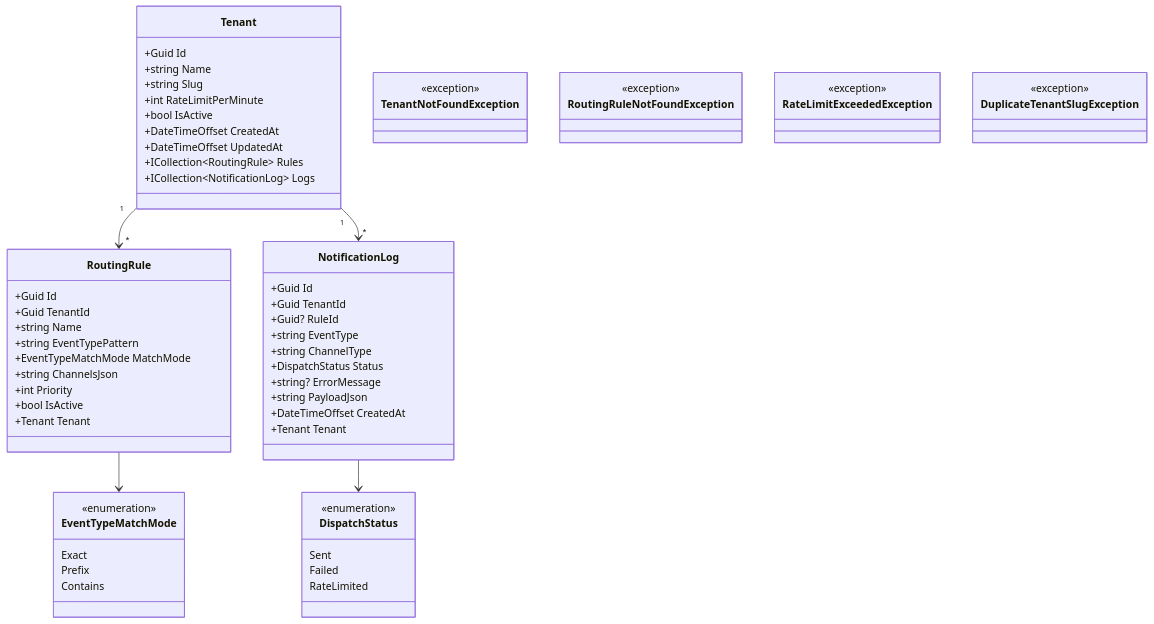
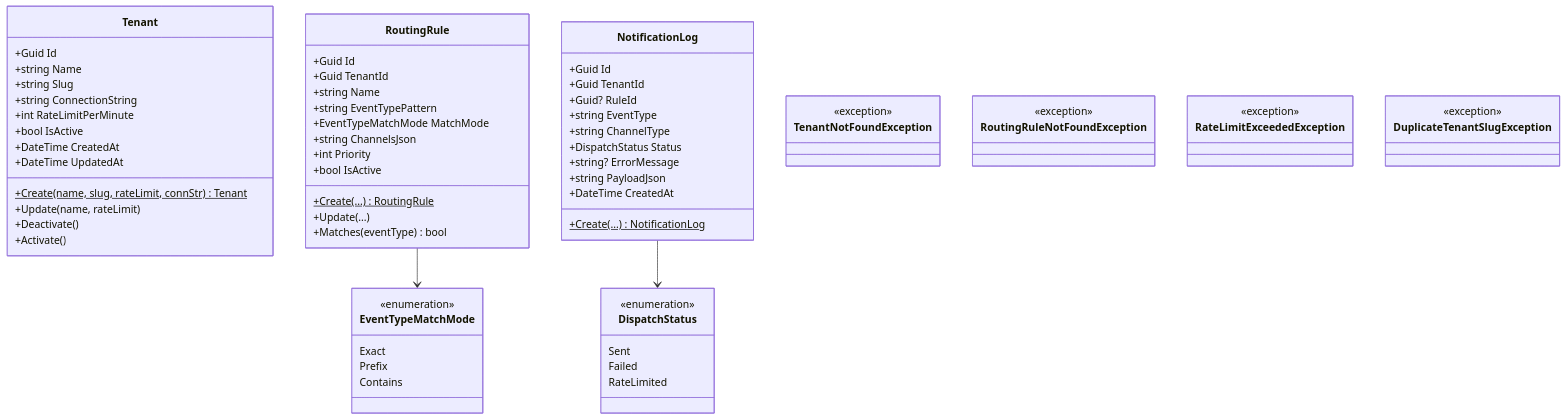
One commit to joelburke/multitenant-notifier changed the second of 6 diagrams in ARCHITECTURE.md. Above: the diagram before and after it, drawn with Mermaid. The commit also changed other lines of this file and 4 other files, not shown here.

````diff
--- a/ARCHITECTURE.md
+++ b/ARCHITECTURE.md
@@ -42,66 +42,61 @@
 ```mermaid
 classDiagram
     class Tenant {
         +Guid Id
         +string Name
         +string Slug
+        +string ConnectionString
         +int RateLimitPerMinute
         +bool IsActive
-        +DateTimeOffset CreatedAt
-        +DateTimeOffset UpdatedAt
-        +ICollection~RoutingRule~ Rules
-        +ICollection~NotificationLog~ Logs
+        +DateTime CreatedAt
+        +DateTime UpdatedAt
+        +Create(name, slug, rateLimit, connStr) Tenant$
+        +Update(name, rateLimit)
+        +Deactivate()
+        +Activate()
     }
     class RoutingRule {
         +Guid Id
         +Guid TenantId
         +string Name
         +string EventTypePattern
         +EventTypeMatchMode MatchMode
         +string ChannelsJson
         +int Priority
         +bool IsActive
-        +Tenant Tenant
+        +Create(...) RoutingRule$
+        +Update(...)
+        +Matches(eventType) bool
     }
     class NotificationLog {
         +Guid Id
         +Guid TenantId
         +Guid? RuleId
         +string EventType
         +string ChannelType
         +DispatchStatus Status
         +string? ErrorMessage
         +string PayloadJson
-        +DateTimeOffset CreatedAt
-        +Tenant Tenant
+        +DateTime CreatedAt
+        +Create(...) NotificationLog$
     }
     class EventTypeMatchMode {
         <<enumeration>>
         Exact
         Prefix
         Contains
     }
     class DispatchStatus {
         <<enumeration>>
         Sent
         Failed
         RateLimited
     }
-    class TenantNotFoundException {
-        <<exception>>
-    }
-    class RoutingRuleNotFoundException {
-        <<exception>>
-    }
-    class RateLimitExceededException {
-        <<exception>>
-    }
-    class DuplicateTenantSlugException {
-        <<exception>>
-    }
+    class TenantNotFoundException { <<exception>> }
+    class RoutingRuleNotFoundException { <<exception>> }
+    class RateLimitExceededException { <<exception>> }
+    class DuplicateTenantSlugException { <<exception>> }
 
-    Tenant "1" --> "*" RoutingRule
-    Tenant "1" --> "*" NotificationLog
     RoutingRule --> EventTypeMatchMode
     NotificationLog --> DispatchStatus
 ```
````
